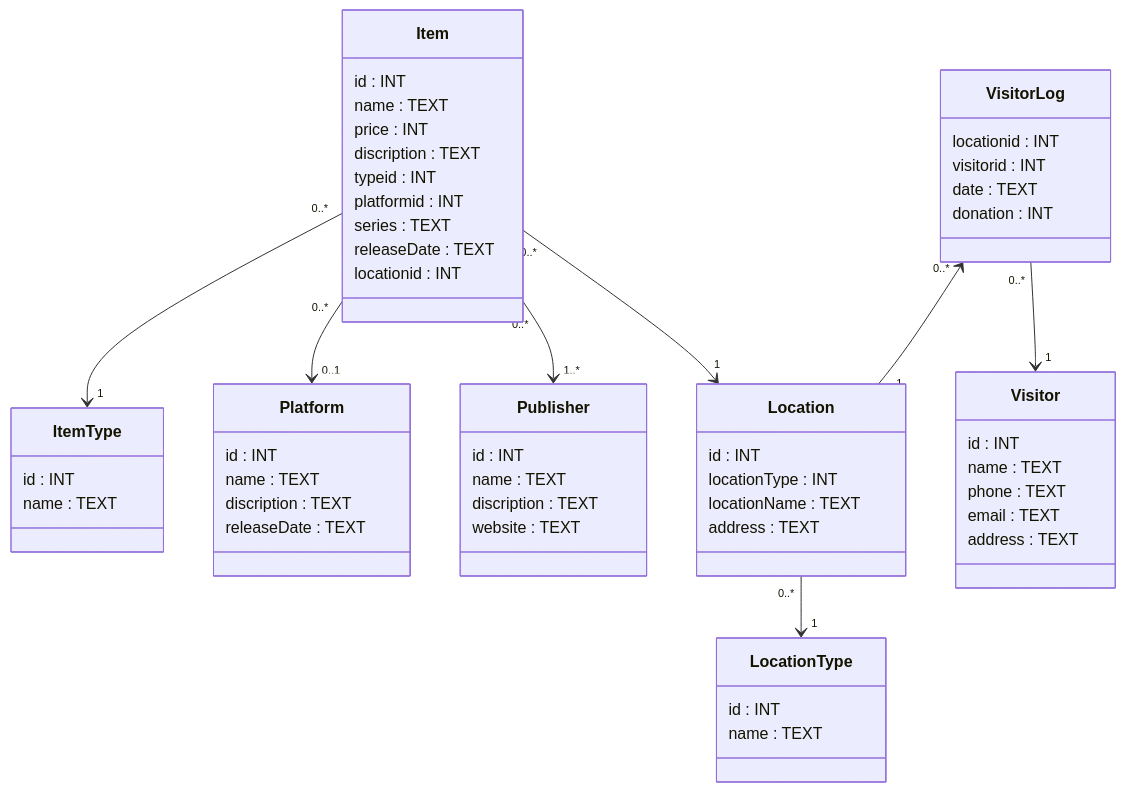
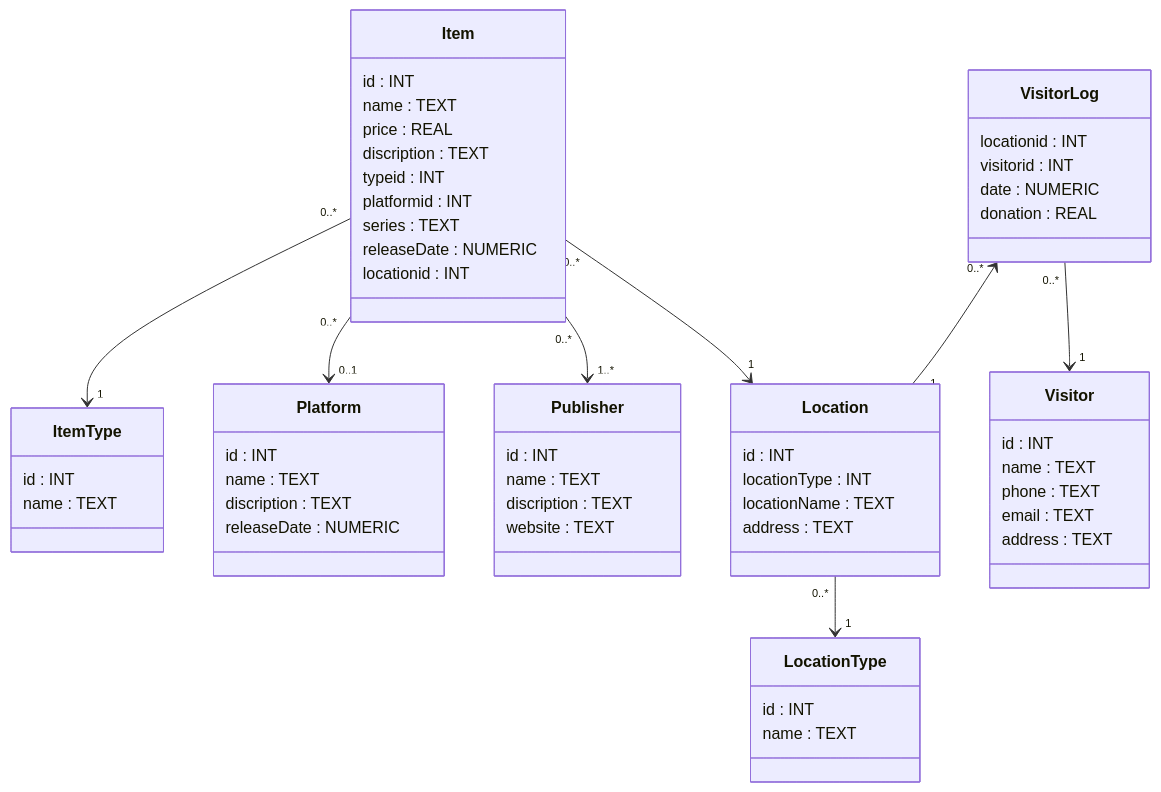
The diagram in Mermaid.mmd (LarsGielen/Project_VGHF), drawn with Mermaid before and after one commit.

Commit message:
processed feedback fase 1

```diff
--- a/Mermaid.mmd
+++ b/Mermaid.mmd
@@ -1,67 +1,67 @@
 classDiagram
 
     Item "0..*" --> "1" ItemType
     Item "0..*" --> "0..1" Platform
     Item "0..*" --> "1..*" Publisher
     Item "0..*" --> "1" Location
     VisitorLog "0..*" <-- "1" Location
     VisitorLog "0..*" --> "1" Visitor
     Location "0..*" --> "1" LocationType
 
     class Item {
         id : INT
         name : TEXT
-        price : INT
+        price : REAL
         discription : TEXT
         typeid : INT
         platformid : INT
         series : TEXT
-        releaseDate : TEXT
+        releaseDate : NUMERIC
         locationid : INT
     }
 
     class ItemType {
         id : INT
         name : TEXT
     }
 
     class Platform {
         id : INT
         name : TEXT
         discription : TEXT
-        releaseDate : TEXT
+        releaseDate : NUMERIC
     }
     
     class Publisher {
         id : INT
         name : TEXT
         discription : TEXT
         website : TEXT
     }
     
     class Location {
         id : INT
         locationType : INT
         locationName : TEXT
         address : TEXT
     }
     
     class LocationType {
         id : INT
         name : TEXT
     }
 
     class VisitorLog {
         locationid : INT
         visitorid : INT
-        date : TEXT
-        donation : INT
+        date : NUMERIC
+        donation : REAL
     }
     
     class Visitor {
         id : INT
         name : TEXT
         phone : TEXT
         email : TEXT
         address : TEXT
     } 
```
